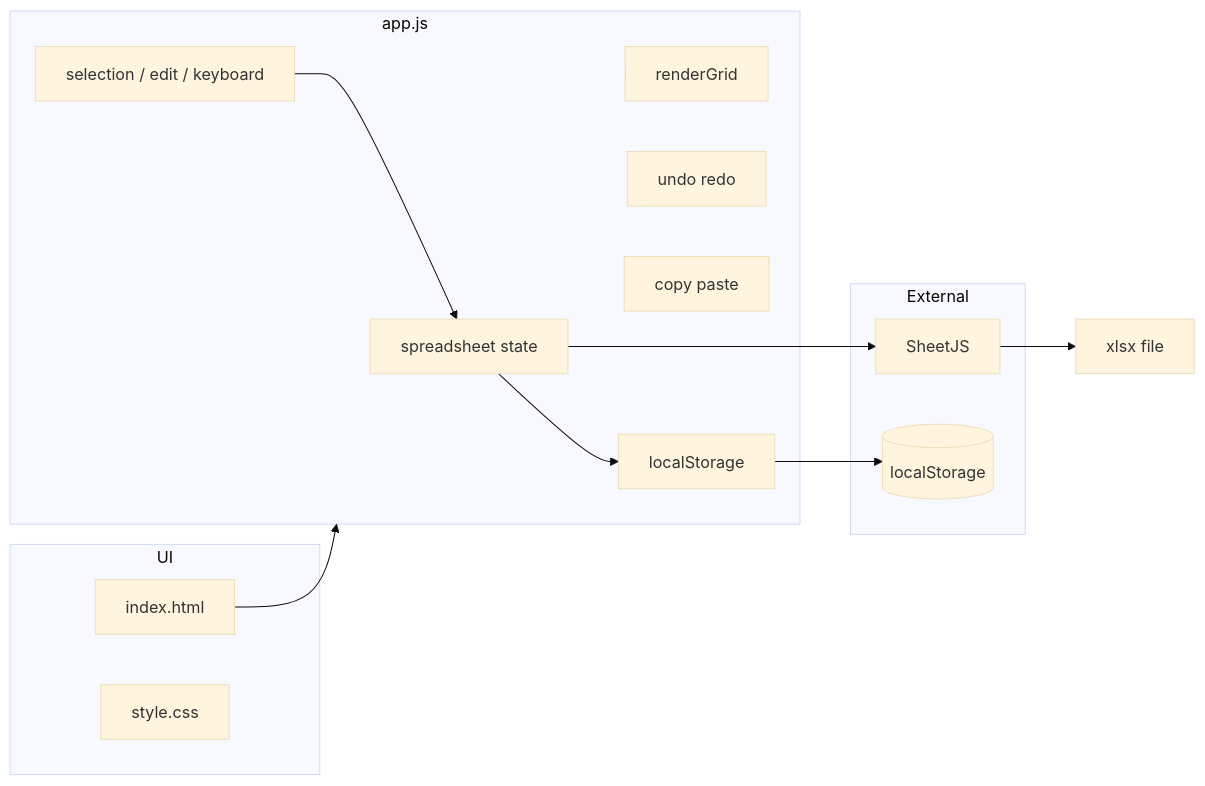
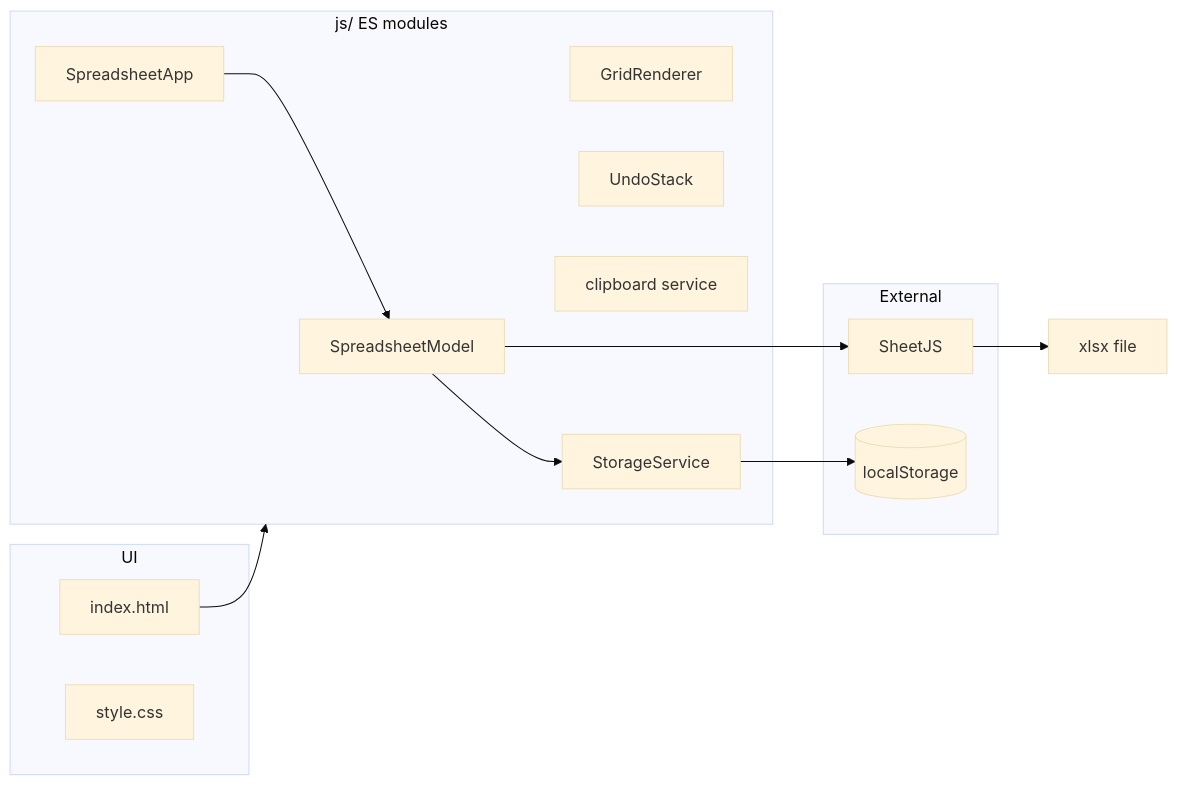
Before and after one commit to nuuco/mini-spread-sheet: the diagram in docs/TRD.md, drawn with Mermaid (base theme). The commit also changed other lines of this file and 5 other files, not shown here.

````diff
--- a/docs/TRD.md
+++ b/docs/TRD.md
@@ -28,29 +28,29 @@
 ```mermaid
 flowchart LR
     subgraph ui [UI]
         HTML[index.html]
         CSS[style.css]
     end
 
-    subgraph logic [app.js]
-        State[spreadsheet state]
-        Render[renderGrid]
-        Events[selection / edit / keyboard]
-        History[undo redo]
-        Clipboard[copy paste]
-        Persist[localStorage]
+    subgraph logic [js/ ES modules]
+        State[SpreadsheetModel]
+        Render[GridRenderer]
+        Events[SpreadsheetApp]
+        History[UndoStack]
+        Clipboard[clipboard service]
+        Persist[StorageService]
     end
 
     subgraph external [External]
         XLSX[SheetJS]
         LS[(localStorage)]
     end
 
     HTML --> logic
   logic --> Render
     Events --> State
     State --> Persist
     Persist --> LS
     State --> XLSX
     XLSX --> File[xlsx file]
 ```
````
